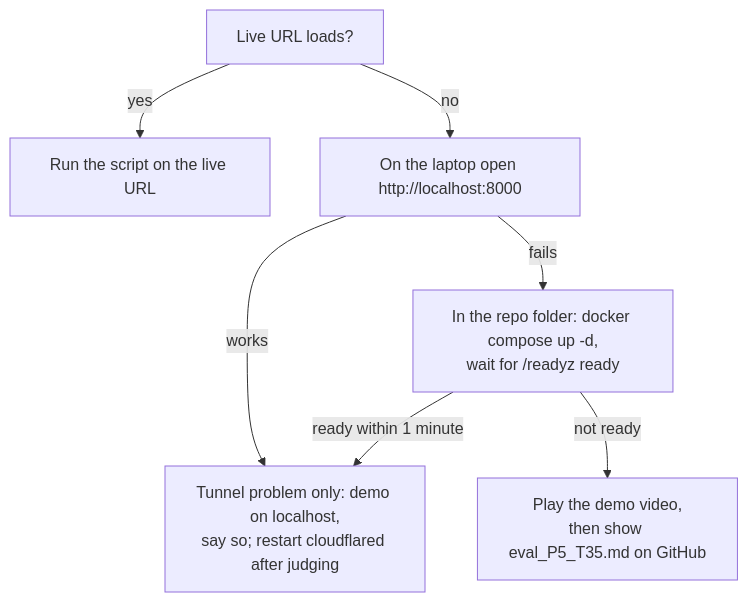
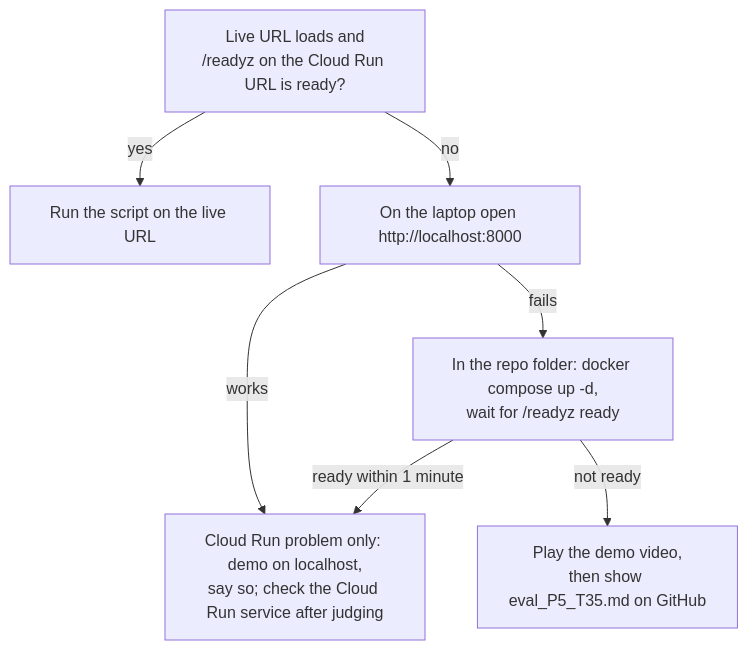
Before and after one commit to DuhItzAniket/SEMEVIA: the diagram in docs/demo.md, drawn with Mermaid. The commit also changed other lines of this file and 13 other files, not shown here.

First line of the commit message:
docs: r3-int8 release and Google Cloud Run hosting

````diff
--- a/docs/demo.md
+++ b/docs/demo.md
@@ -105,9 +118,9 @@
 ```mermaid
 flowchart TD
-    A[Live URL loads?] -->|yes| L[Run the script on the live URL]
+    A[Live URL loads and<br/>/readyz on the Cloud Run URL is ready?] -->|yes| L[Run the script on the live URL]
     A -->|no| B[On the laptop open http://localhost:8000]
-    B -->|works| C[Tunnel problem only: demo on localhost,<br/>say so; restart cloudflared after judging]
+    B -->|works| C[Cloud Run problem only: demo on localhost,<br/>say so; check the Cloud Run service after judging]
     B -->|fails| D[In the repo folder: docker compose up -d,<br/>wait for /readyz ready]
     D -->|ready within 1 minute| C
     D -->|not ready| E[Play the demo video,<br/>then show eval_P5_T35.md on GitHub]
 ```
````
